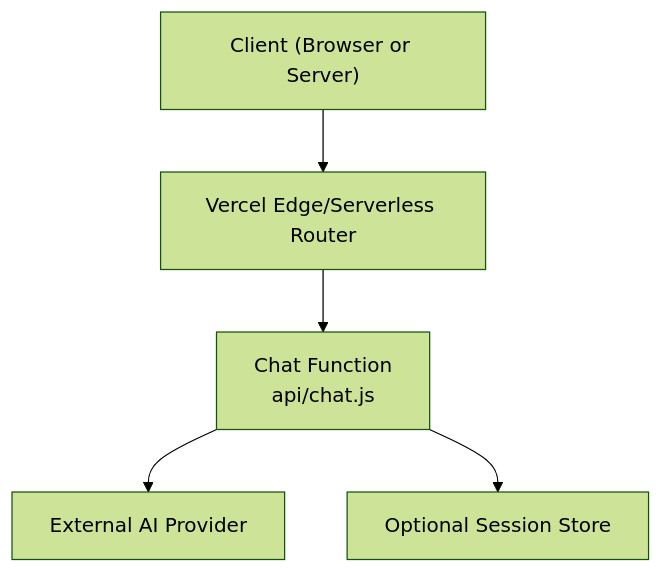
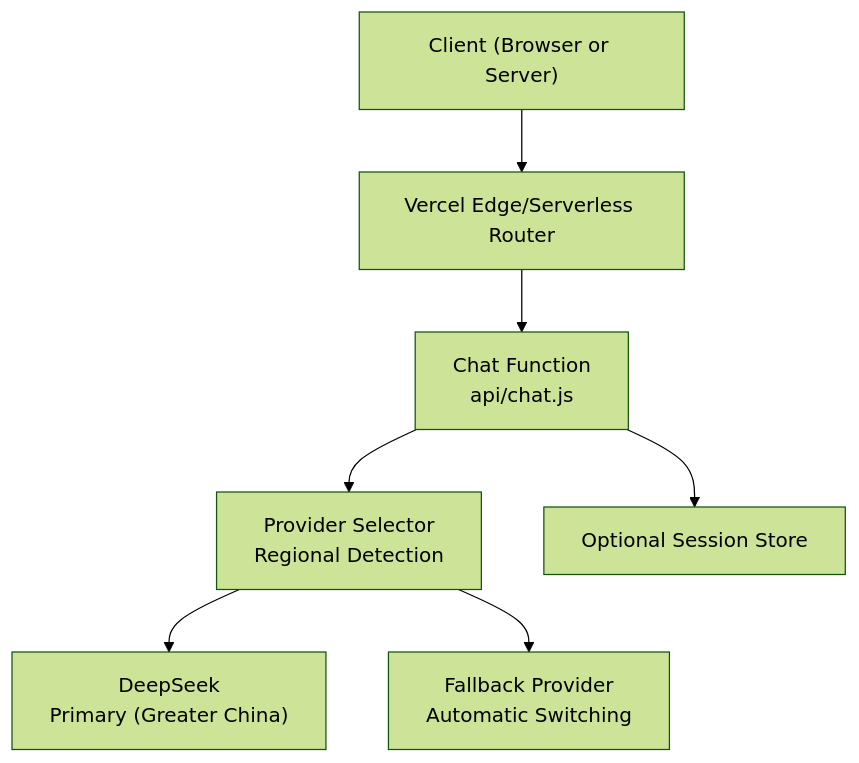
The first of 7 diagrams in .qoder/repowiki/en/content/API Reference/Chat API.md (zmyeo54/briefroom), drawn with Mermaid (forest theme) before and after one commit. The commit also changed other lines of this file and 42 other files, not shown here.

````diff
--- a/.qoder/repowiki/en/content/API Reference/Chat API.md
+++ b/.qoder/repowiki/en/content/API Reference/Chat API.md
@@ -31,7 +41,9 @@
 ```mermaid
 graph TB
 Client["Client (Browser or Server)"] --> Vercel["Vercel Edge/Serverless Router"]
 Vercel --> ChatFn["Chat Function<br/>api/chat.js"]
-ChatFn --> LLM["External AI Provider"]
+ChatFn --> ProviderSelector["Provider Selector<br/>Regional Detection"]
+ProviderSelector --> DeepSeek["DeepSeek<br/>Primary (Greater China)"]
+ProviderSelector --> Fallback["Fallback Provider<br/>Automatic Switching"]
 ChatFn --> Storage["Optional Session Store"]
 ```
````
